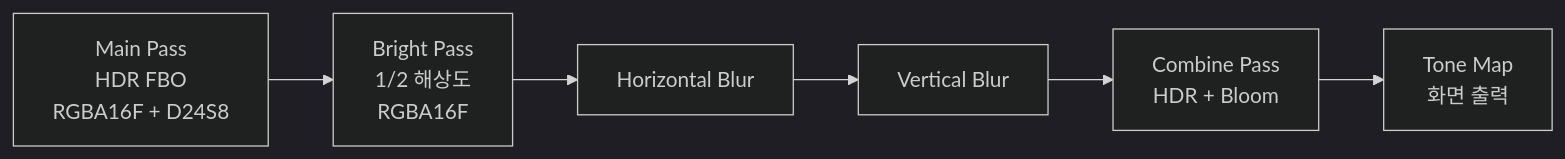
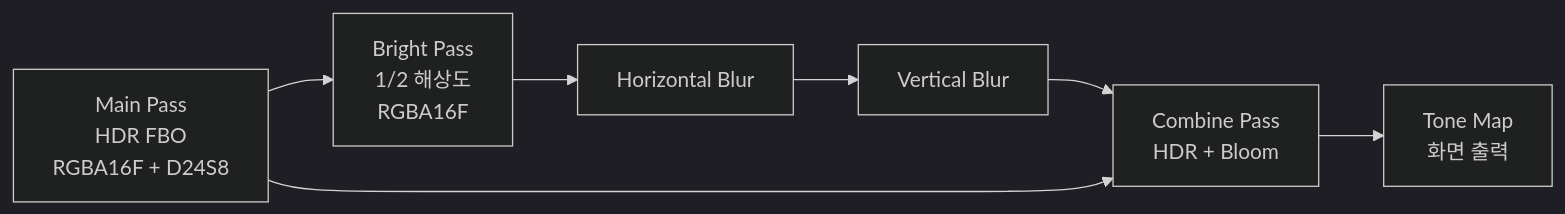
The diagram in graphics/stage1_gl_fund_05_framebuffer.md (Rein-ArXiv/game-dev-curriculum), drawn with Mermaid (dark theme) before and after one commit. The commit also changed other lines of this file and 279 other files, not shown here.

````diff
--- a/graphics/stage1_gl_fund_05_framebuffer.md
+++ b/graphics/stage1_gl_fund_05_framebuffer.md
@@ -587,8 +587,9 @@
 ```mermaid
 flowchart LR
     Main[Main Pass<br/>HDR FBO<br/>RGBA16F + D24S8] --> Bright[Bright Pass<br/>1/2 해상도<br/>RGBA16F]
     Bright --> Blur1[Horizontal Blur]
     Blur1 --> Blur2[Vertical Blur]
     Blur2 --> Combine[Combine Pass<br/>HDR + Bloom]
+    Main --> Combine
     Combine --> Tone[Tone Map<br/>화면 출력]
 ```
````
